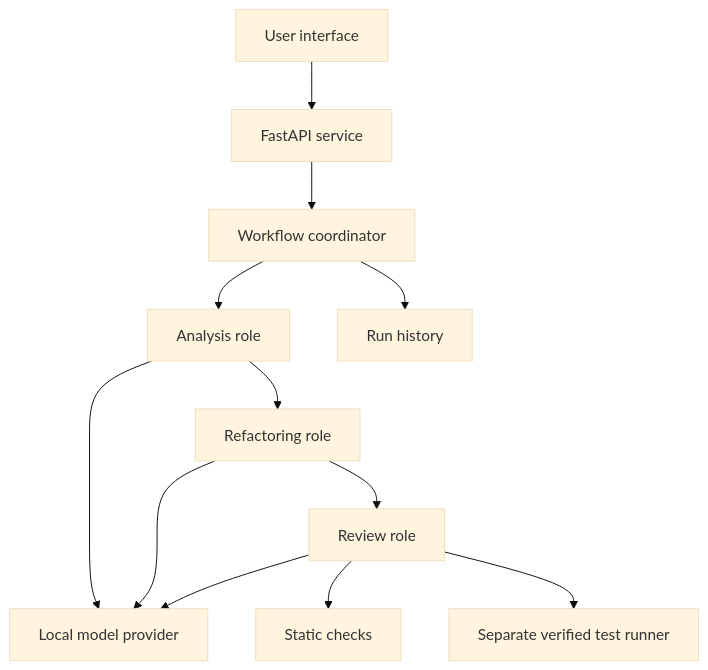
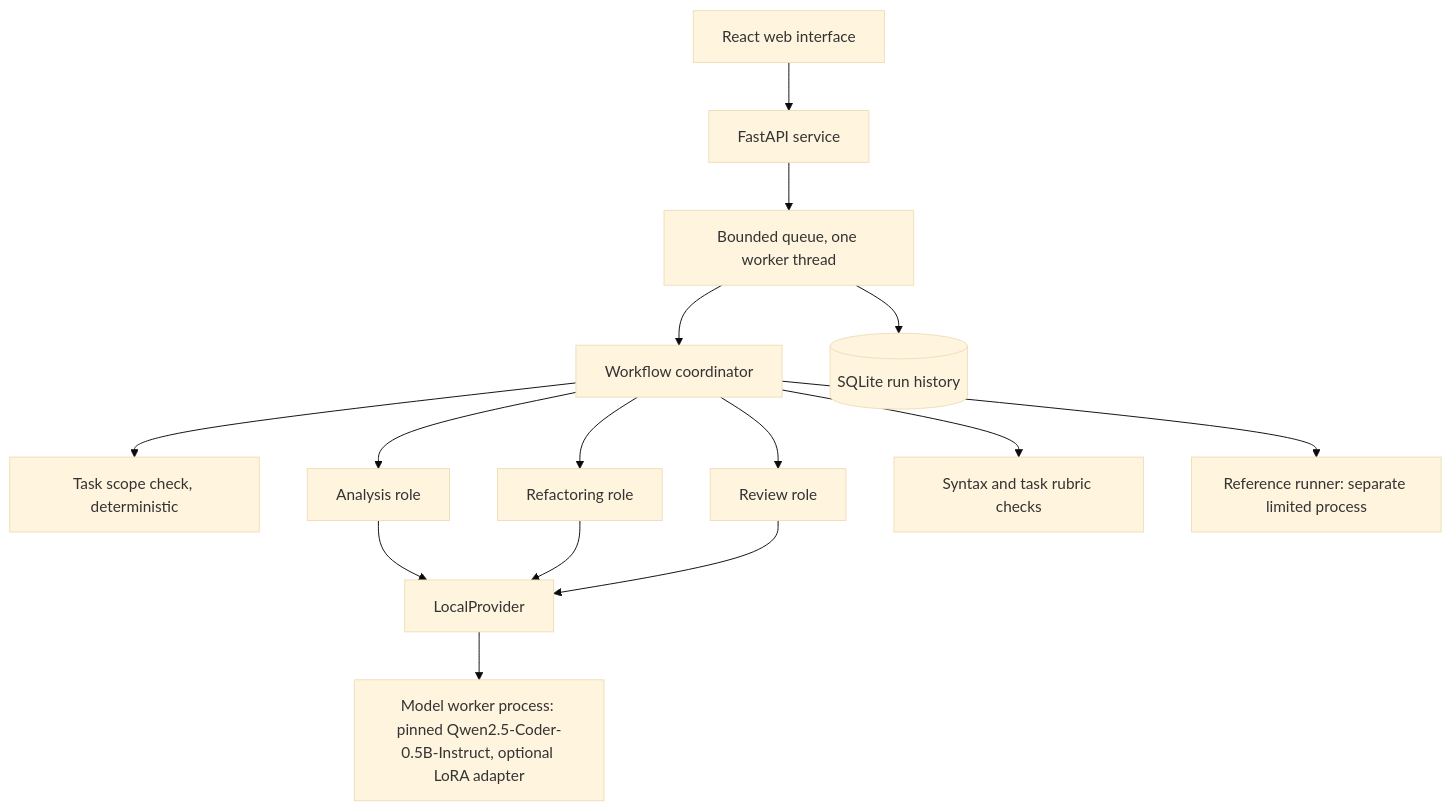
The second of 2 diagrams in docs/architecture/system-design.md (abdulrhmanmagdy1/grad-refactor-ai), drawn with Mermaid (base theme) before and after one commit. The commit also changed other lines of this file and 3 other files, not shown here.

````diff
--- a/docs/architecture/system-design.md
+++ b/docs/architecture/system-design.md
@@ -19,14 +19,17 @@
 ```mermaid
 flowchart TD
-    UI[User interface] --> API[FastAPI service]
-    API --> O[Workflow coordinator]
+    UI[React web interface] --> API[FastAPI service]
+    API --> Q[Bounded queue, one worker thread]
+    Q --> O[Workflow coordinator]
+    Q --> DB[(SQLite run history)]
+    O --> T[Task scope check, deterministic]
     O --> A[Analysis role]
-    A --> G[Refactoring role]
-    G --> V[Review role]
-    A --> M[Local model provider]
+    O --> G[Refactoring role]
+    O --> V[Review role]
+    A --> M[LocalProvider]
     G --> M
     V --> M
-    V --> C[Static checks]
-    V --> X[Separate verified test runner]
-    O --> DB[Run history]
+    M --> K[Model worker process: pinned Qwen2.5-Coder-0.5B-Instruct, optional LoRA adapter]
+    O --> C[Syntax and task rubric checks]
+    O --> X[Reference runner: separate limited process]
 ```
````
